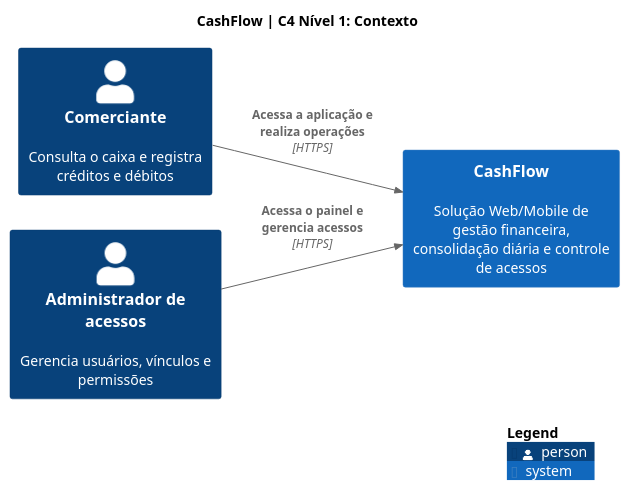
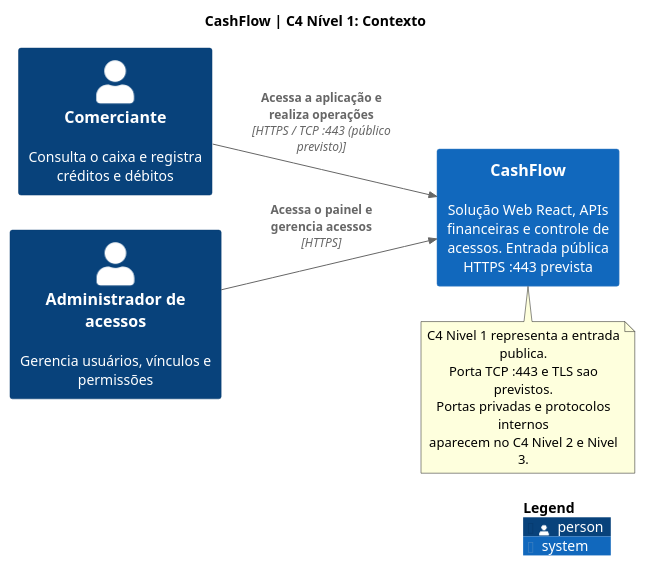
Before and after one commit to wolwerr/CashFlow-Architecture: the diagram in docs/architecture/plantuml/c4-context.puml, drawn with PlantUML.

Commit message:
docs(c4): align C4 L1/L2 protocol port labels with L3 (#6)

```diff
--- a/docs/architecture/plantuml/c4-context.puml
+++ b/docs/architecture/plantuml/c4-context.puml
@@ -1,11 +1,18 @@
 @startuml CashFlow_Context
 !include <C4/C4_Context>
 title CashFlow | C4 Nível 1: Contexto
 LAYOUT_LEFT_RIGHT()
 Person(comerciante, "Comerciante", "Consulta o caixa e registra créditos e débitos")
 Person(admin, "Administrador de acessos", "Gerencia usuários, vínculos e permissões")
-System(cashflow, "CashFlow", "Solução Web/Mobile de gestão financeira, consolidação diária e controle de acessos")
-Rel(comerciante, cashflow, "Acessa a aplicação e realiza operações", "HTTPS")
+System(cashflow, "CashFlow", "Solução Web React, APIs financeiras e controle de acessos. Entrada pública HTTPS :443 prevista")
+Rel(comerciante, cashflow, "Acessa a aplicação e realiza operações", "HTTPS / TCP :443 (público previsto)")
 Rel(admin, cashflow, "Acessa o painel e gerencia acessos", "HTTPS")
+note bottom of cashflow
+  C4 Nivel 1 representa a entrada publica.
+  Porta TCP :443 e TLS sao previstos.
+  Portas privadas e protocolos internos
+  aparecem no C4 Nivel 2 e Nivel 3.
+end note
+
 SHOW_LEGEND()
 @enduml
```
